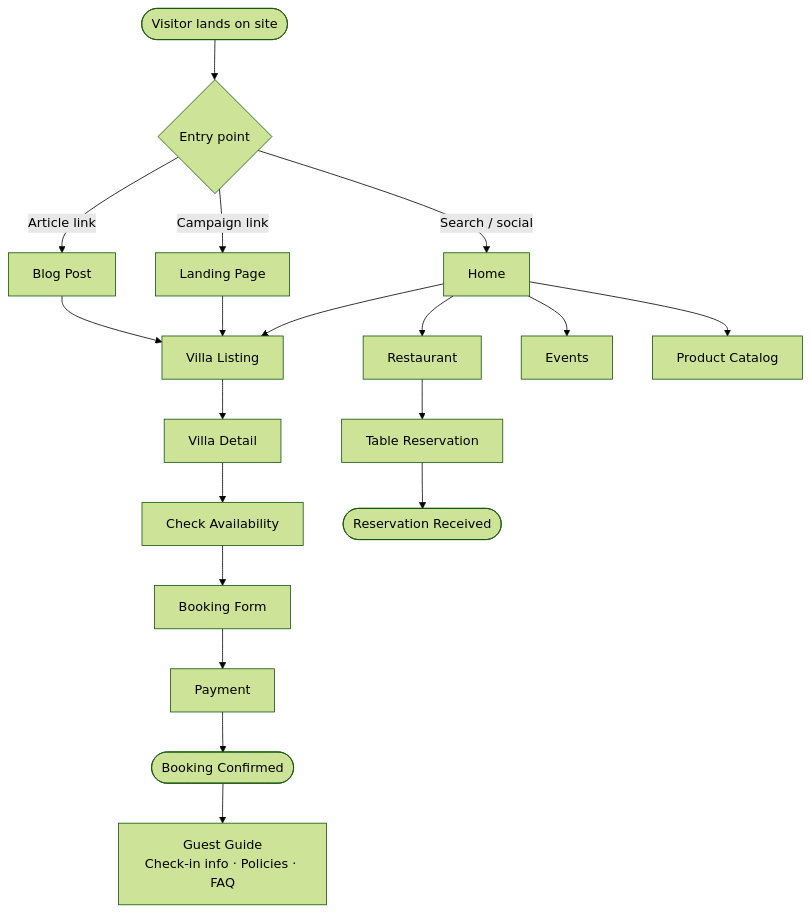
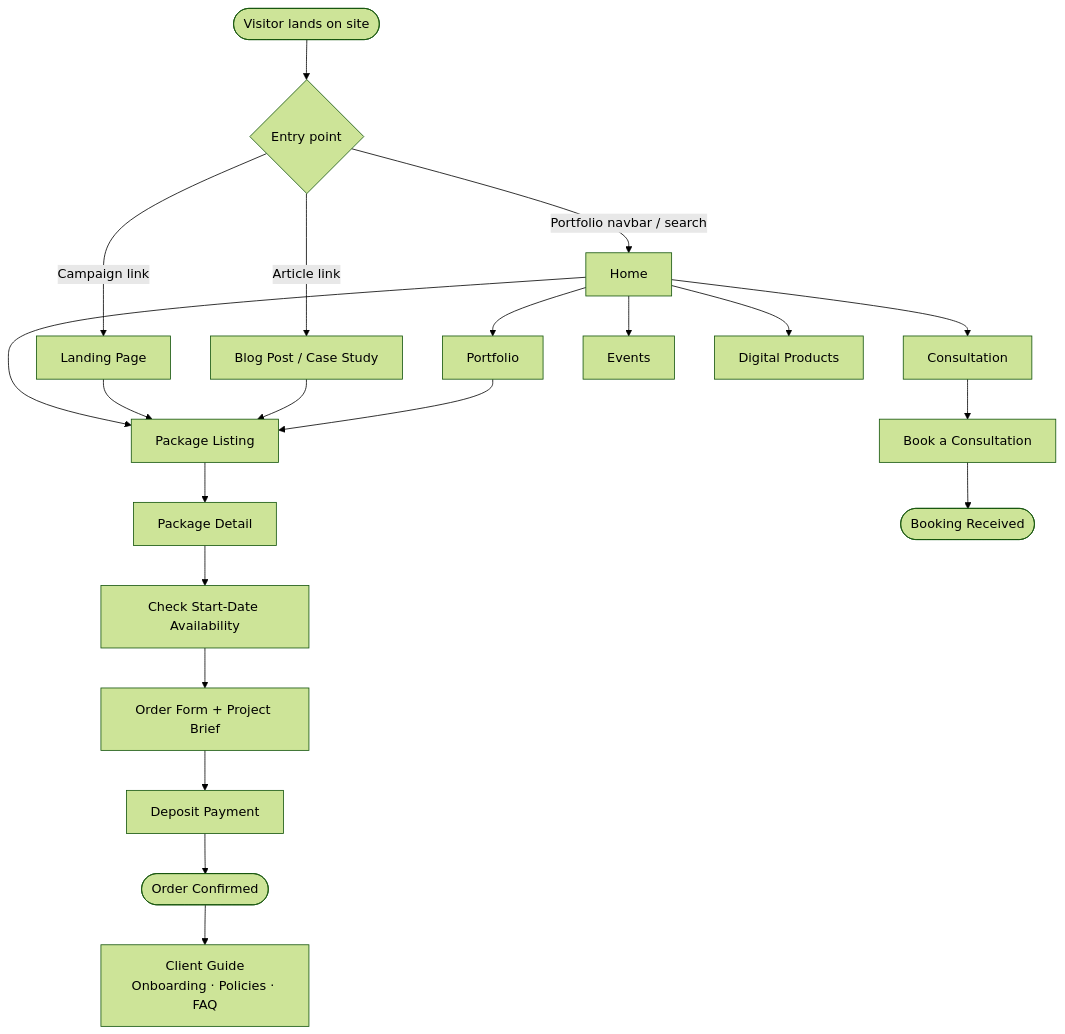
The first of 9 diagrams in docs/flows.md (AnggaWikaNugraha/fullstack-company-profile), drawn with Mermaid (forest theme) before and after one commit. The commit also changed other lines of this file and 6 other files, not shown here.

````diff
--- a/docs/flows.md
+++ b/docs/flows.md
@@ -25,24 +25,26 @@
 ```mermaid
 flowchart TD
     Start(["Visitor lands on site"]) --> Entry{"Entry point"}
-    Entry -- "Search / social" --> Home["Home"]
+    Entry -- "Portfolio navbar / search" --> Home["Home"]
     Entry -- "Campaign link" --> LP["Landing Page"]
-    Entry -- "Article link" --> Blog["Blog Post"]
+    Entry -- "Article link" --> Blog["Blog Post / Case Study"]
 
-    Home --> Villas["Villa Listing"]
-    Home --> Resto["Restaurant"]
+    Home --> Packages["Package Listing"]
+    Home --> Portfolio["Portfolio"]
+    Home --> Consult["Consultation"]
     Home --> Events["Events"]
-    Home --> Products["Product Catalog"]
-    LP --> Villas
-    Blog --> Villas
+    Home --> Products["Digital Products"]
+    LP --> Packages
+    Blog --> Packages
+    Portfolio --> Packages
 
-    Villas --> Detail["Villa Detail"]
-    Detail --> Avail["Check Availability"]
-    Avail --> Book["Booking Form"]
-    Book --> Pay["Payment"]
-    Pay --> Confirm(["Booking Confirmed"])
-    Confirm --> Guide["Guest Guide<br/>Check-in info · Policies · FAQ"]
+    Packages --> Detail["Package Detail"]
+    Detail --> Avail["Check Start-Date Availability"]
+    Avail --> Order["Order Form + Project Brief"]
+    Order --> Pay["Deposit Payment"]
+    Pay --> Confirm(["Order Confirmed"])
+    Confirm --> Guide["Client Guide<br/>Onboarding · Policies · FAQ"]
 
-    Resto --> Reserve["Table Reservation"]
-    Reserve --> RConfirm(["Reservation Received"])
+    Consult --> Book["Book a Consultation"]
+    Book --> BConfirm(["Booking Received"])
 ```
````
